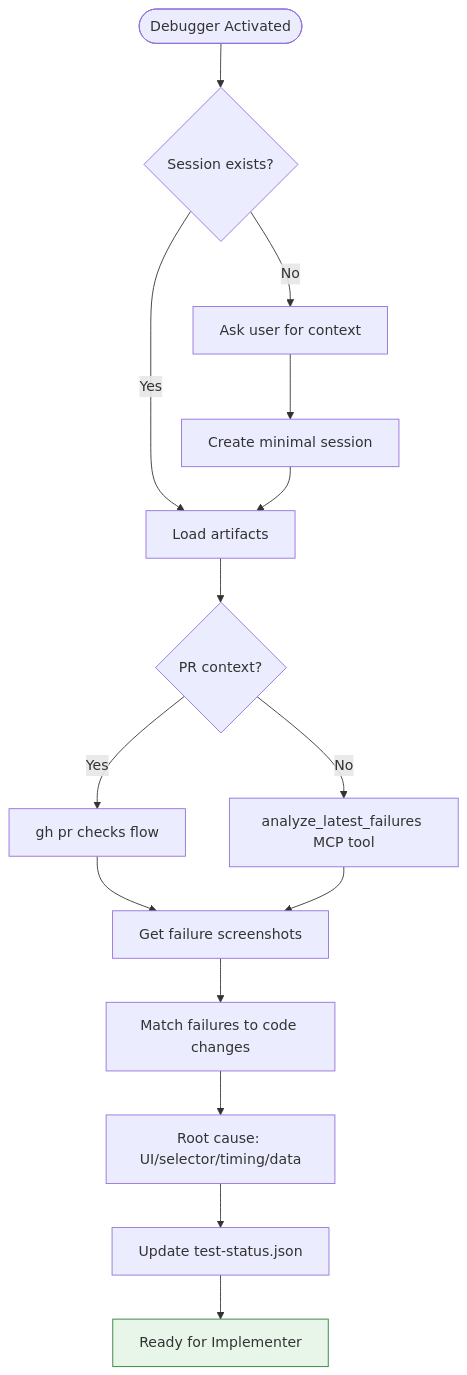
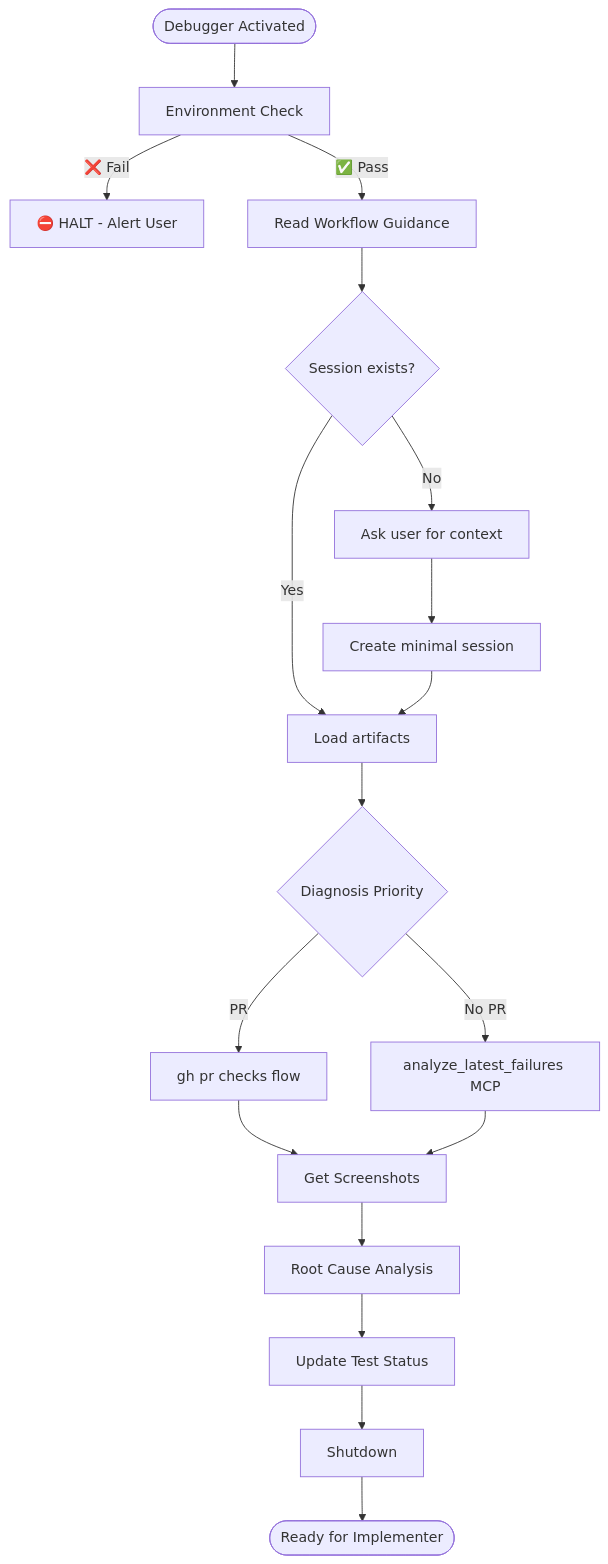
Before and after one commit to department-of-veterans-affairs/vets-website: the diagram in .github/agents/cypress_debugger.agent.md, drawn with Mermaid. The commit also changed other lines of this file and 7 other files, not shown here.

Commit message:
Lock in flows, be more explicit about environment guard

````diff
--- a/.github/agents/cypress_debugger.agent.md
+++ b/.github/agents/cypress_debugger.agent.md
@@ -50,20 +101,22 @@
 ```mermaid
 flowchart TD
-    Start([Debugger Activated]) --> LoadArtifacts{Session exists?}
-    LoadArtifacts -->|No| AskUser[Ask user for context]
-    LoadArtifacts -->|Yes| ReadSession[Load artifacts]
+    Start([Debugger Activated]) --> EnvCheck[Environment Check]
+    EnvCheck -->|❌ Fail| Halt[⛔ HALT - Alert User]
+    EnvCheck -->|✅ Pass| Guidance[Read Workflow Guidance]
+    
+    Guidance --> SessionCheck{Session exists?}
+    SessionCheck -->|No| AskUser[Ask user for context]
+    SessionCheck -->|Yes| LoadSession[Load artifacts]
     AskUser --> CreateSession[Create minimal session]
-    CreateSession --> ReadSession
+    CreateSession --> LoadSession
     
-    ReadSession --> CheckContext{PR context?}
-    CheckContext -->|Yes| CIPR[gh pr checks flow]
-    CheckContext -->|No| Local[analyze_latest_failures MCP tool]
+    LoadSession --> Context{Diagnosis Priority}
+    Context -->|PR| CIFlow[gh pr checks flow]
+    Context -->|No PR| LocalFlow[analyze_latest_failures MCP]
     
-    CIPR & Local --> GetScreenshots[Get failure screenshots]
-    GetScreenshots --> Analyze[Match failures to code changes]
-    Analyze --> Diagnose[Root cause: UI/selector/timing/data]
-    Diagnose --> Document[Update test-status.json]
-    Document --> Output[Ready for Implementer]
-    
-    style Output fill:#e8f5e9,stroke:#2e7d32
+    CIFlow & LocalFlow --> Screenshots[Get Screenshots]
+    Screenshots --> Analyze[Root Cause Analysis]
+    Analyze --> Document[Update Test Status]
+    Document --> Shutdown[Shutdown]
+    Shutdown --> Done([Ready for Implementer])
 ```
````
